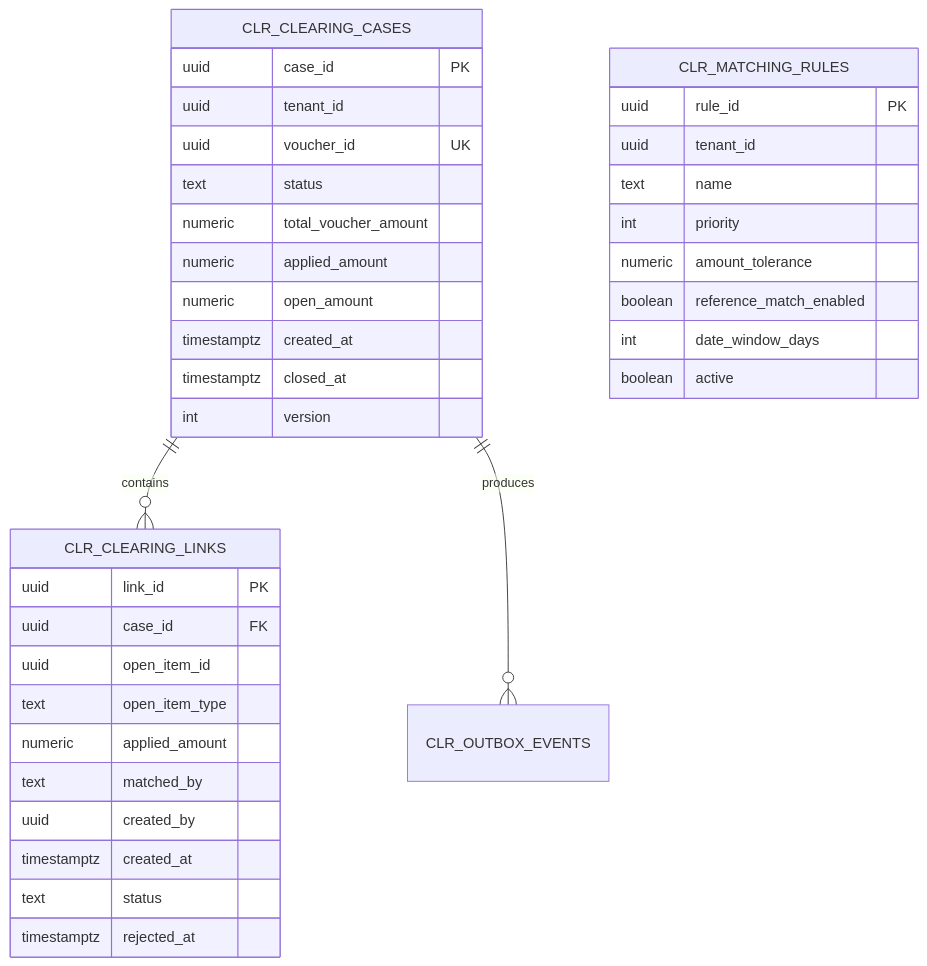
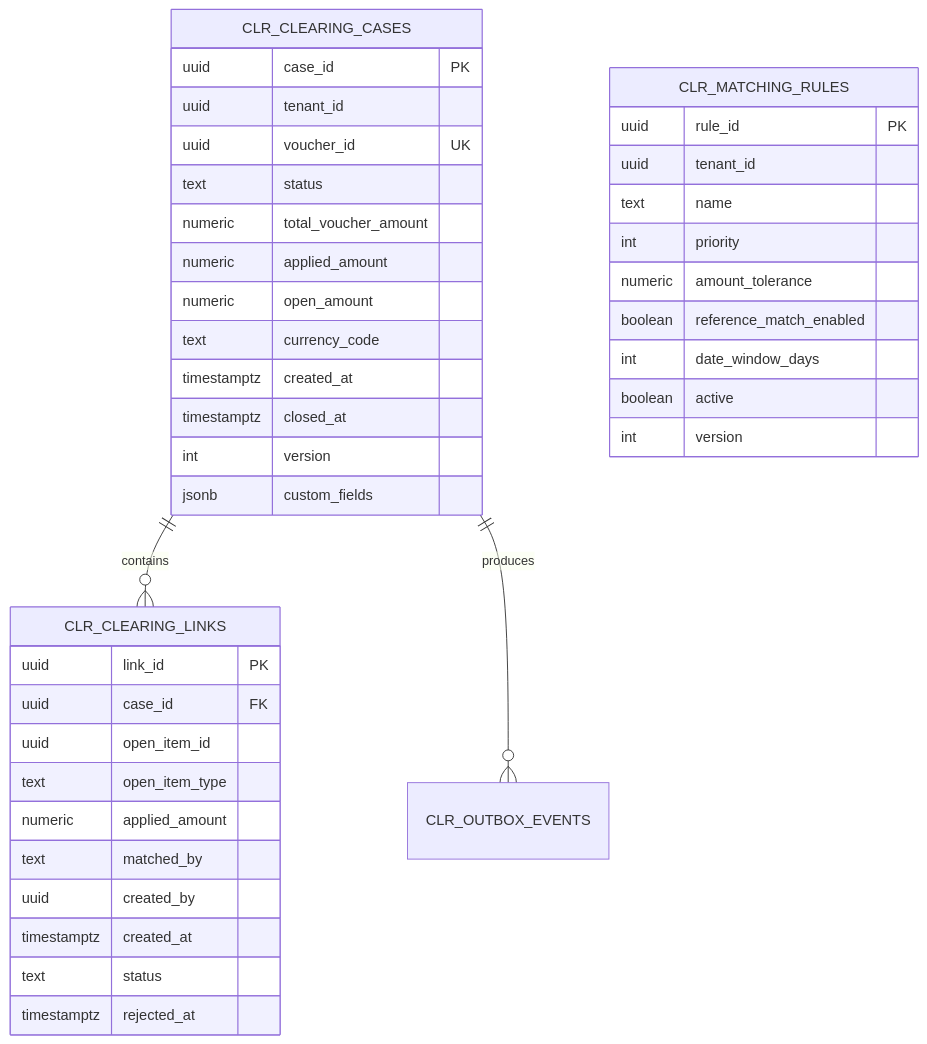
Before and after one commit to openleap-io/io.openleap.dev.spec: the sixth of 6 diagrams in T3_Domains/FI/domain-specs/fi_clr-spec.md, drawn with Mermaid. The commit also changed other lines of this file and 54 other files, not shown here.

````diff
--- a/T3_Domains/FI/domain-specs/fi_clr-spec.md
+++ b/T3_Domains/FI/domain-specs/fi_clr-spec.md
@@ -864,42 +1956,45 @@
 ```mermaid
 erDiagram
     CLR_CLEARING_CASES ||--o{ CLR_CLEARING_LINKS : contains
     CLR_CLEARING_CASES ||--o{ CLR_OUTBOX_EVENTS : produces
 
     CLR_CLEARING_CASES {
         uuid case_id PK
         uuid tenant_id
         uuid voucher_id UK
         text status
         numeric total_voucher_amount
         numeric applied_amount
         numeric open_amount
+        text currency_code
         timestamptz created_at
         timestamptz closed_at
         int version
+        jsonb custom_fields
     }
 
     CLR_CLEARING_LINKS {
         uuid link_id PK
         uuid case_id FK
         uuid open_item_id
         text open_item_type
         numeric applied_amount
         text matched_by
         uuid created_by
         timestamptz created_at
         text status
         timestamptz rejected_at
     }
 
     CLR_MATCHING_RULES {
         uuid rule_id PK
         uuid tenant_id
         text name
         int priority
         numeric amount_tolerance
         boolean reference_match_enabled
         int date_window_days
         boolean active
+        int version
     }
 ```
````
